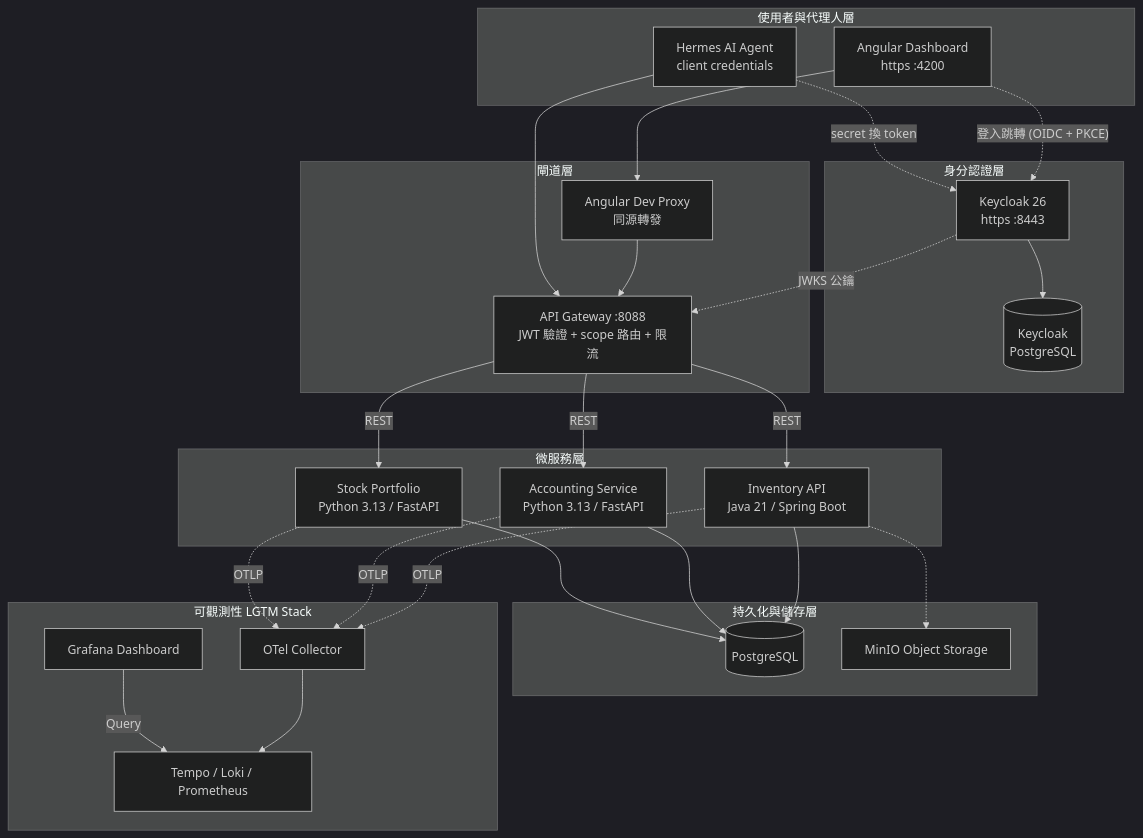
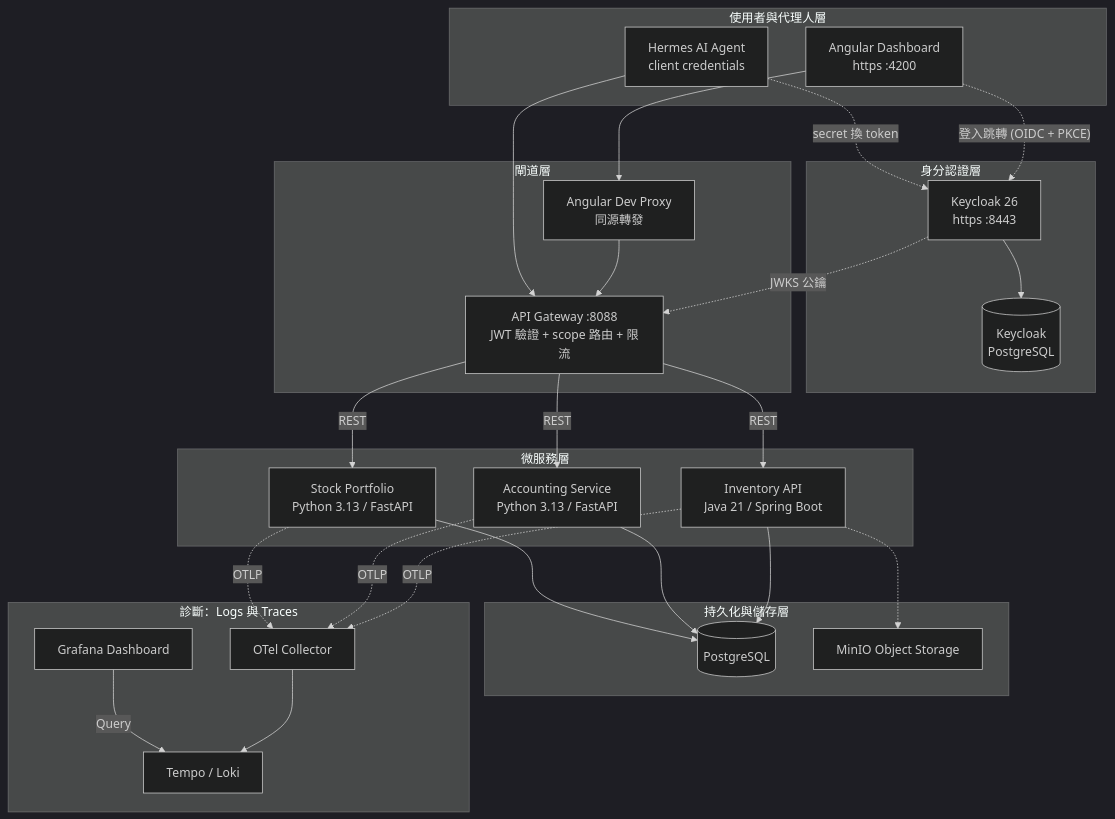
The diagram in README.md (chihyishen/home-service-hub), drawn with Mermaid (dark theme) before and after one commit. The commit also changed other lines of this file and 20 other files, not shown here.

````diff
--- a/README.md
+++ b/README.md
@@ -14,66 +14,66 @@
 ```mermaid
 graph TD
     %% 1. 存取層
     subgraph Access_Layer [使用者與代理人層]
         UI[Angular Dashboard<br/>https :4200]
         Agent[Hermes AI Agent<br/>client credentials]
     end
 
     %% 2. 身分認證
     subgraph Identity [身分認證層]
         Keycloak[Keycloak 26<br/>https :8443]
         KCDB[(Keycloak<br/>PostgreSQL)]
     end
 
     %% 3. 閘道
     subgraph Gateway_Layer [閘道層]
         Proxy[Angular Dev Proxy<br/>同源轉發]
         Gateway[API Gateway :8088<br/>JWT 驗證 + scope 路由 + 限流]
     end
 
     %% 4. 服務層
     subgraph Service_Layer [微服務層]
         Inventory[Inventory API<br/>Java 21 / Spring Boot]
         Accounting[Accounting Service<br/>Python 3.13 / FastAPI]
         Stock[Stock Portfolio<br/>Python 3.13 / FastAPI]
     end
 
     %% 5. 資料層
     subgraph Data_Layer [持久化與儲存層]
         Postgres[(PostgreSQL)]
         MinIO[MinIO Object Storage]
     end
 
     %% 6. 可觀測性層
-    subgraph Obs_Layer [可觀測性 LGTM Stack]
+    subgraph Obs_Layer [診斷：Logs 與 Traces]
         Collector[OTel Collector]
         Grafana[Grafana Dashboard]
-        Tempo[Tempo / Loki / Prometheus]
+        Tempo[Tempo / Loki]
     end
 
     %% 認證流
     UI -.->|"登入跳轉 (OIDC + PKCE)"| Keycloak
     Agent -.->|"secret 換 token"| Keycloak
     Keycloak --> KCDB
     Keycloak -.->|"JWKS 公鑰"| Gateway
 
     %% 請求流（皆帶 Bearer token）
     UI --> Proxy
     Proxy --> Gateway
     Agent --> Gateway
     Gateway -->|REST| Inventory
     Gateway -->|REST| Accounting
     Gateway -->|REST| Stock
 
     Inventory --> Postgres
     Accounting --> Postgres
     Stock --> Postgres
     Inventory -.-> MinIO
 
     %% 可觀測性流
     Inventory -.->|OTLP| Collector
     Accounting -.->|OTLP| Collector
     Stock -.->|OTLP| Collector
     Collector --> Tempo
     Grafana -->|Query| Tempo
 ```
````
